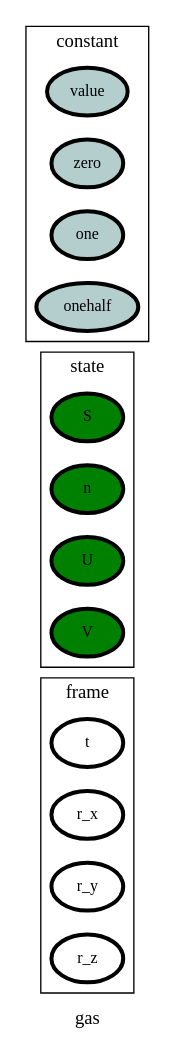
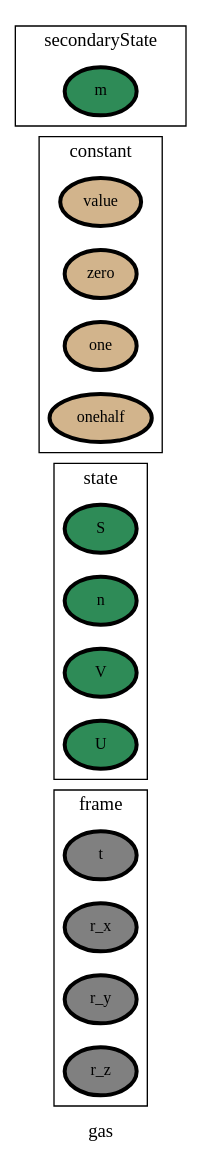
Before and after one commit to heinz-preisig/processes_distributed_no_interface_eqs: the diagram in ontology_graphs/graph__gas.dot, drawn with Graphviz. The commit also changed 47 other files, not shown here.

```diff
--- a/ontology_graphs/graph__gas.dot
+++ b/ontology_graphs/graph__gas.dot
@@ -1,91 +1,92 @@
 digraph gas {
 label=gas;
 rankdir=LR;
 subgraph cluster_gas___transport {
 label=transport;
 rankdir=LR;
 }
 
 subgraph cluster_gas___geometry {
 label=geometry;
 rankdir=LR;
 }
 
 subgraph cluster_gas___properties {
 label=properties;
 rankdir=LR;
 }
 
 subgraph cluster_gas___network {
 label=network;
 rankdir=LR;
 }
 
 subgraph cluster_gas___differenceOperator {
 label=differenceOperator;
 rankdir=LR;
 }
 
 subgraph cluster_gas___frame {
 label=frame;
 rankdir=LR;
-V_5 [fillcolor=white, fontsize=12, label=t, penwidth=3, style=filled];
-V_6 [fillcolor=white, fontsize=12, label=r_x, penwidth=3, style=filled];
-V_7 [fillcolor=white, fontsize=12, label=r_y, penwidth=3, style=filled];
-V_8 [fillcolor=white, fontsize=12, label=r_z, penwidth=3, style=filled];
+V_5 [fillcolor=grey, fontsize=12, label=t, penwidth=3, style=filled];
+V_6 [fillcolor=grey, fontsize=12, label=r_x, penwidth=3, style=filled];
+V_7 [fillcolor=grey, fontsize=12, label=r_y, penwidth=3, style=filled];
+V_8 [fillcolor=grey, fontsize=12, label=r_z, penwidth=3, style=filled];
 }
 
 subgraph cluster_gas___state {
 label=state;
 rankdir=LR;
-V_10 [fillcolor=green, fontsize=12, label=S, penwidth=3, style=filled];
-V_11 [fillcolor=green, fontsize=12, label=n, penwidth=3, style=filled];
-V_9 [fillcolor=green, fontsize=12, label=U, penwidth=3, style=filled];
-V_12 [fillcolor=green, fontsize=12, label=V, penwidth=3, style=filled];
+V_10 [fillcolor=seagreen, fontsize=12, label=S, penwidth=3, style=filled];
+V_11 [fillcolor=seagreen, fontsize=12, label=n, penwidth=3, style=filled];
+V_12 [fillcolor=seagreen, fontsize=12, label=V, penwidth=3, style=filled];
+V_9 [fillcolor=seagreen, fontsize=12, label=U, penwidth=3, style=filled];
 }
 
 subgraph cluster_gas___constant {
 label=constant;
 rankdir=LR;
-V_1 [fillcolor=lightcyan3, fontsize=12, label=value, penwidth=3, style=filled];
-V_2 [fillcolor=lightcyan3, fontsize=12, label=zero, penwidth=3, style=filled];
-V_3 [fillcolor=lightcyan3, fontsize=12, label=one, penwidth=3, style=filled];
-V_4 [fillcolor=lightcyan3, fontsize=12, label=onehalf, penwidth=3, style=filled];
+V_1 [fillcolor=tan, fontsize=12, label=value, penwidth=3, style=filled];
+V_2 [fillcolor=tan, fontsize=12, label=zero, penwidth=3, style=filled];
+V_3 [fillcolor=tan, fontsize=12, label=one, penwidth=3, style=filled];
+V_4 [fillcolor=tan, fontsize=12, label=onehalf, penwidth=3, style=filled];
 }
 
 subgraph cluster_gas___effort {
 label=effort;
 rankdir=LR;
 }
 
 subgraph cluster_gas___secondaryState {
 label=secondaryState;
 rankdir=LR;
+V_14 [fillcolor=seagreen4, fontsize=12, label=m, penwidth=3, style=filled];
 }
 
 subgraph cluster_gas___conversion {
 label=conversion;
 rankdir=LR;
 }
 
 subgraph cluster_gas___diffState {
 label=diffState;
 rankdir=LR;
 }
 
 subgraph cluster_gas___internalTransport {
 label=internalTransport;
 rankdir=LR;
 }
 
 subgraph cluster_gas___controlInput {
 label=controlInput;
 rankdir=LR;
 }
 
 subgraph cluster_gas___observation {
 label=observation;
 rankdir=LR;
 }
 
 }
```
